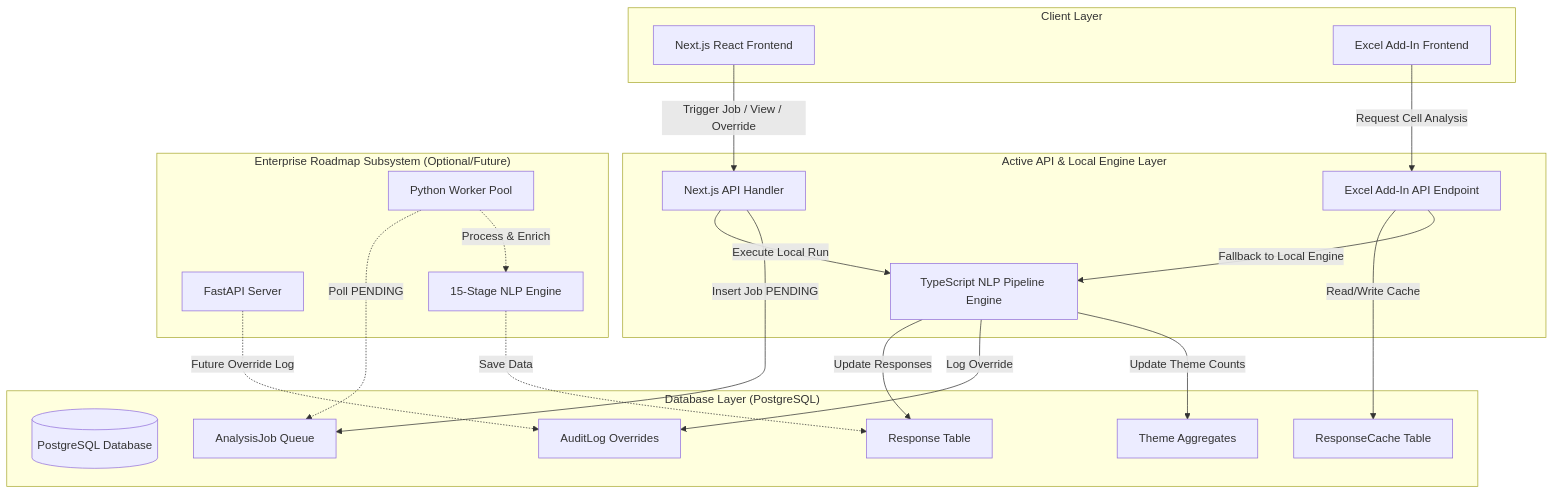
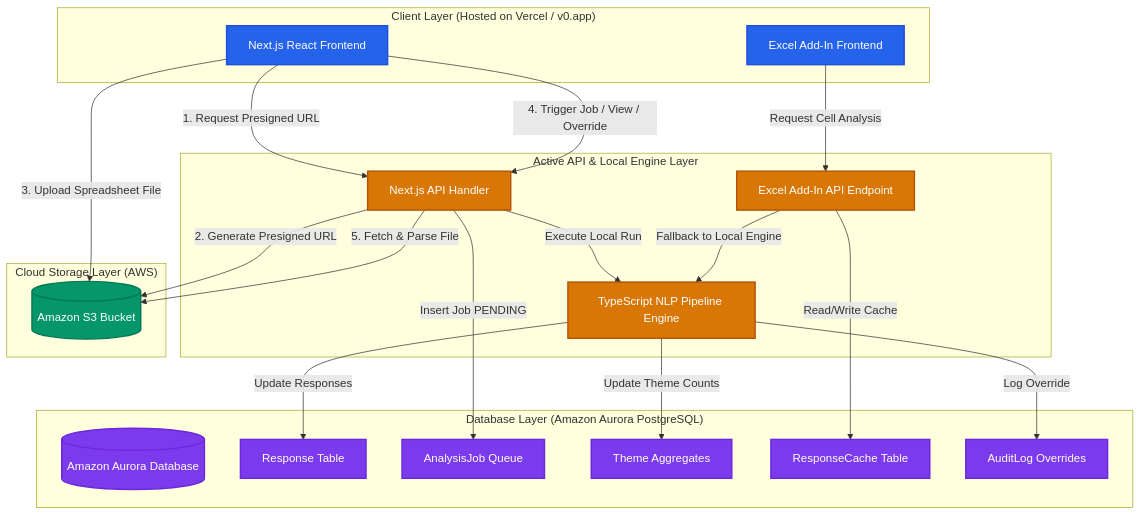
One commit to CodeSasuke/aws-hackathon changed the diagram in README.md. Above: the diagram before and after it, drawn with Mermaid. The commit also changed 10 other files, not shown here.

Commit message:
refactor: update architecture diagrams for AWS S3 integration and Aurora migration and add updated project screenshots

````diff
--- a/README.md
+++ b/README.md
@@ -122,47 +122,54 @@
 ```mermaid
 graph TD
-    subgraph ClientLayer ["Client Layer"]
+    subgraph ClientLayer ["Client Layer (Hosted on Vercel / v0.app)"]
         WebUI[Next.js React Frontend]
         ExcelUI[Excel Add-In Frontend]
     end
 
     subgraph APILayer ["Active API & Local Engine Layer"]
         NextAPI[Next.js API Handler]
         ExcelAPI[Excel Add-In API Endpoint]
         JSPipeline[TypeScript NLP Pipeline Engine]
     end
 
-    subgraph DBLayer ["Database Layer (PostgreSQL)"]
-        Postgres[(PostgreSQL Database)]
+    subgraph StorageLayer ["Cloud Storage Layer (AWS)"]
+        S3Bucket[(Amazon S3 Bucket)]
+    end
+
+    subgraph DBLayer ["Database Layer (Amazon Aurora PostgreSQL)"]
+        Postgres[(Amazon Aurora Database)]
         ResponseTable[Response Table]
         JobTable[AnalysisJob Queue]
         ThemeTable[Theme Aggregates]
         CacheTable[ResponseCache Table]
         AuditTable[AuditLog Overrides]
     end
 
-    subgraph EnterpriseRoadmap ["Enterprise Roadmap Subsystem (Optional/Future)"]
-        FastAPI[FastAPI Server]
-        WorkerPool[Python Worker Pool]
-        PipelineEngine[15-Stage NLP Engine]
-    end
-
-    %% Active Next.js flow
-    WebUI -->|Trigger Job / View / Override| NextAPI
+    %% Active Next.js & Upload flow
+    WebUI -->|1. Request Presigned URL| NextAPI
+    NextAPI -->|2. Generate Presigned URL| S3Bucket
+    WebUI -->|3. Upload Spreadsheet File| S3Bucket
+    WebUI -->|4. Trigger Job / View / Override| NextAPI
+    NextAPI -->|5. Fetch & Parse File| S3Bucket
     ExcelUI -->|Request Cell Analysis| ExcelAPI
     
     NextAPI -->|Execute Local Run| JSPipeline
     NextAPI -->|Insert Job PENDING| JobTable
     ExcelAPI -->|Read/Write Cache| CacheTable
     ExcelAPI -->|Fallback to Local Engine| JSPipeline
     
     JSPipeline -->|Update Responses| ResponseTable
     JSPipeline -->|Log Override| AuditTable
     JSPipeline -->|Update Theme Counts| ThemeTable
 
-    %% Future Enterprise flow
-    WorkerPool -.->|Poll PENDING| JobTable
-    WorkerPool -.->|Process & Enrich| PipelineEngine
-    PipelineEngine -.->|Save Data| ResponseTable
-    FastAPI -.->|Future Override Log| AuditTable
+    %% Color Coding Styles
+    classDef client fill:#2563eb,stroke:#1d4ed8,stroke-width:2px,color:#fff;
+    classDef api fill:#d97706,stroke:#b45309,stroke-width:2px,color:#fff;
+    classDef storage fill:#059669,stroke:#047857,stroke-width:2px,color:#fff;
+    classDef db fill:#7c3aed,stroke:#6d28d9,stroke-width:2px,color:#fff;
+
+    class WebUI,ExcelUI client;
+    class NextAPI,ExcelAPI,JSPipeline api;
+    class S3Bucket storage;
+    class Postgres,ResponseTable,JobTable,ThemeTable,CacheTable,AuditTable db;
 ```
````
